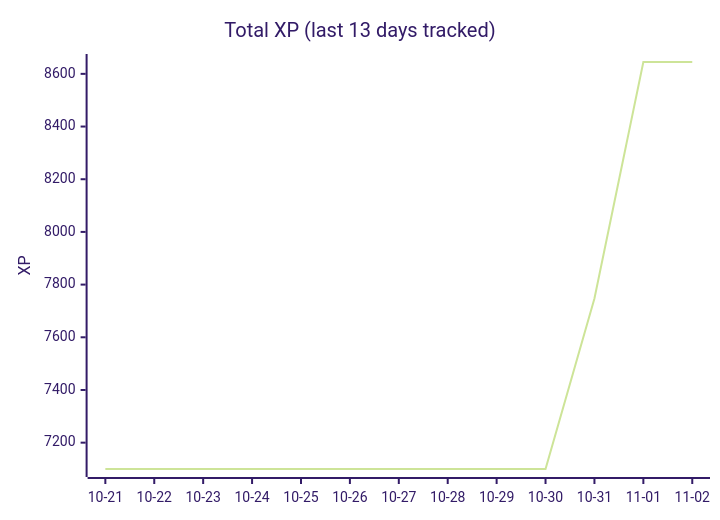
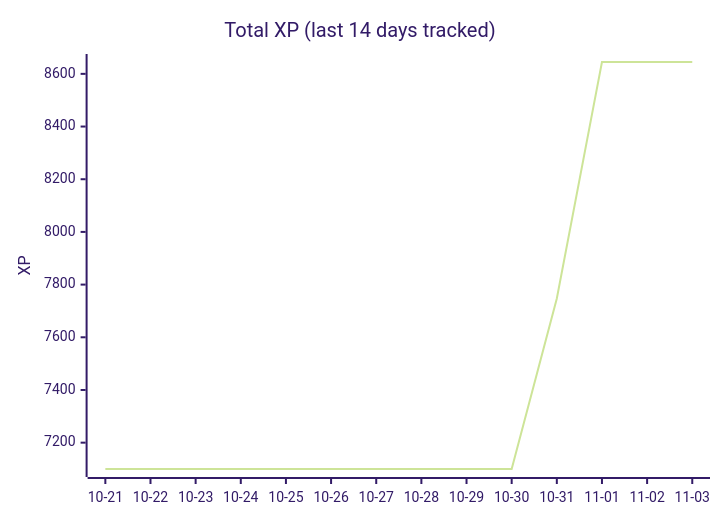
One commit to ASR222/bootdev-progress changed the diagram in README.md. Above: the diagram before and after it, drawn with Mermaid (forest theme). The commit also changed other lines of this file and 2 other files, not shown here.

Commit message:
Boot.dev progress: 2026-11-03

````diff
--- a/README.md
+++ b/README.md
@@ -14,7 +14,7 @@
 ```mermaid
 xychart-beta
-    title "Total XP (last 13 days tracked)"
-    x-axis ["10-21", "10-22", "10-23", "10-24", "10-25", "10-26", "10-27", "10-28", "10-29", "10-30", "10-31", "11-01", "11-02"]
+    title "Total XP (last 14 days tracked)"
+    x-axis ["10-21", "10-22", "10-23", "10-24", "10-25", "10-26", "10-27", "10-28", "10-29", "10-30", "10-31", "11-01", "11-02", "11-03"]
     y-axis "XP"
-    line [7100, 7100, 7100, 7100, 7100, 7100, 7100, 7100, 7100, 7100, 7747, 8645, 8645]
+    line [7100, 7100, 7100, 7100, 7100, 7100, 7100, 7100, 7100, 7100, 7747, 8645, 8645, 8645]
 ```
````
